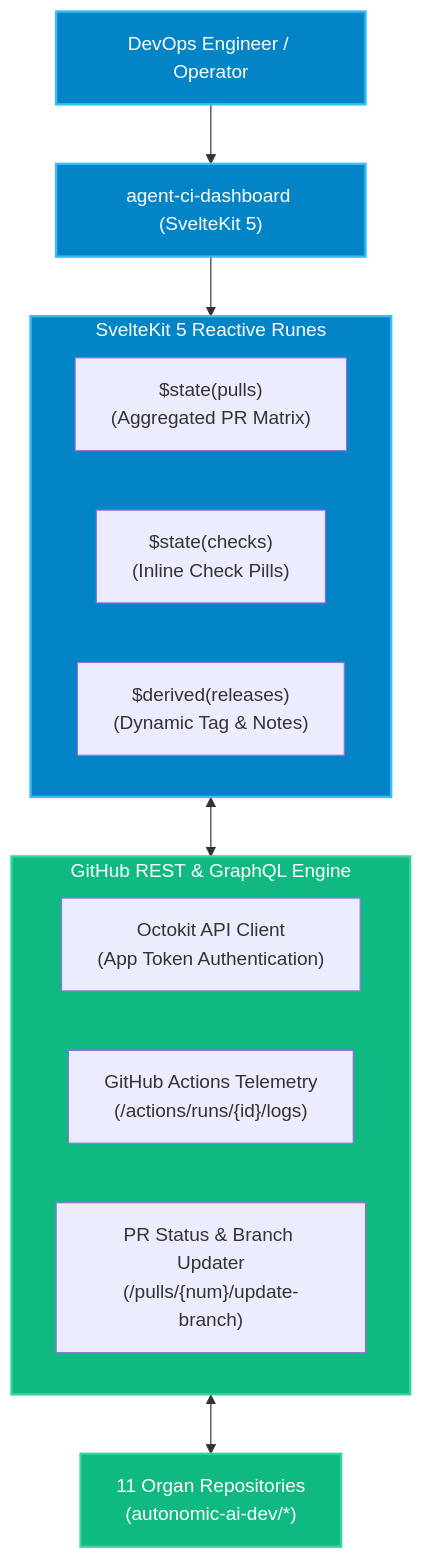
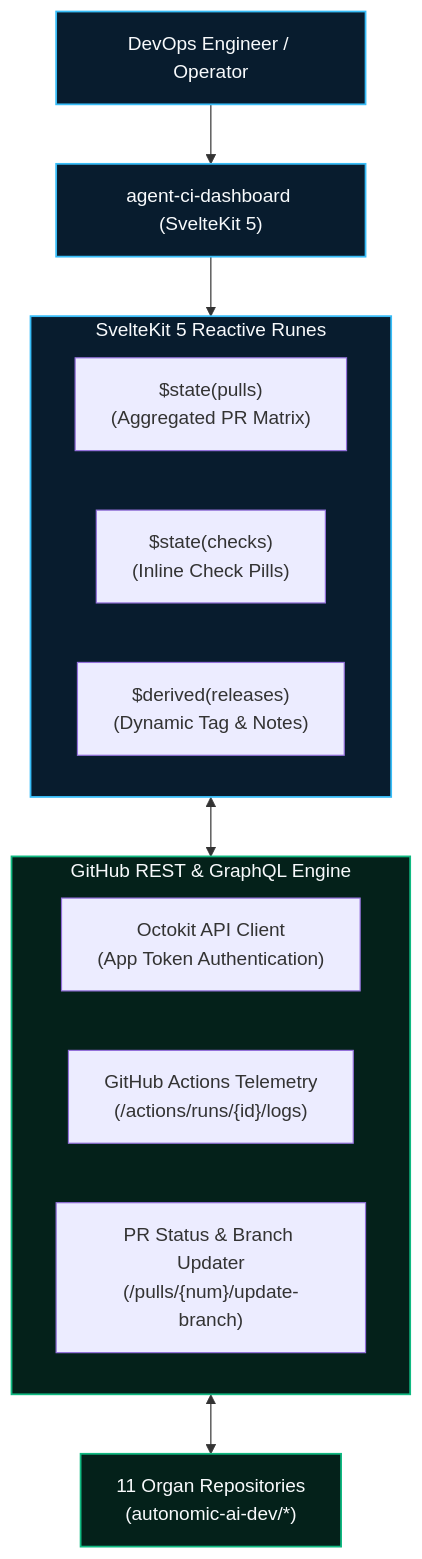
Before and after one commit to autonomic-ai-dev/website: the diagram in src/routes/docs/ci-dashboard/+page.md, drawn with Mermaid. The commit also changed 13 other files, not shown here.

Commit message:
fix(docs): aerospace dark cybernetic palette for Mermaid charts and high-contrast labels

````diff
--- a/src/routes/docs/ci-dashboard/+page.md
+++ b/src/routes/docs/ci-dashboard/+page.md
@@ -9,25 +9,25 @@
 ```mermaid
 flowchart TD
     User["DevOps Engineer / Operator"] --> WebUI["agent-ci-dashboard (SvelteKit 5)"]
 
     subgraph StateManagement["SvelteKit 5 Reactive Runes"]
         Pulls["$state(pulls)\n(Aggregated PR Matrix)"]
         Checks["$state(checks)\n(Inline Check Pills)"]
         Releases["$derived(releases)\n(Dynamic Tag & Notes)"]
     end
 
     subgraph GitHubSync["GitHub REST & GraphQL Engine"]
         Octokit["Octokit API Client\n(App Token Authentication)"]
         Actions["GitHub Actions Telemetry\n(/actions/runs/{id}/logs)"]
         PRs["PR Status & Branch Updater\n(/pulls/{num}/update-branch)"]
     end
 
     WebUI --> StateManagement
     StateManagement <--> GitHubSync
     GitHubSync <--> Repos["11 Organ Repositories\n(autonomic-ai-dev/*)"]
 
-    classDef web fill:#0284c7,stroke:#38bdf8,stroke-width:2px,color:#ffffff;
-    classDef sync fill:#10b981,stroke:#34d399,stroke-width:2px,color:#ffffff;
+    classDef web fill:#081c2e,stroke:#38bdf8,stroke-width:1.5px,color:#f8fafc;
+    classDef sync fill:#04211a,stroke:#10b981,stroke-width:1.5px,color:#f8fafc;
     class User,WebUI,StateManagement web;
     class GitHubSync,Repos sync;
 ```
````
